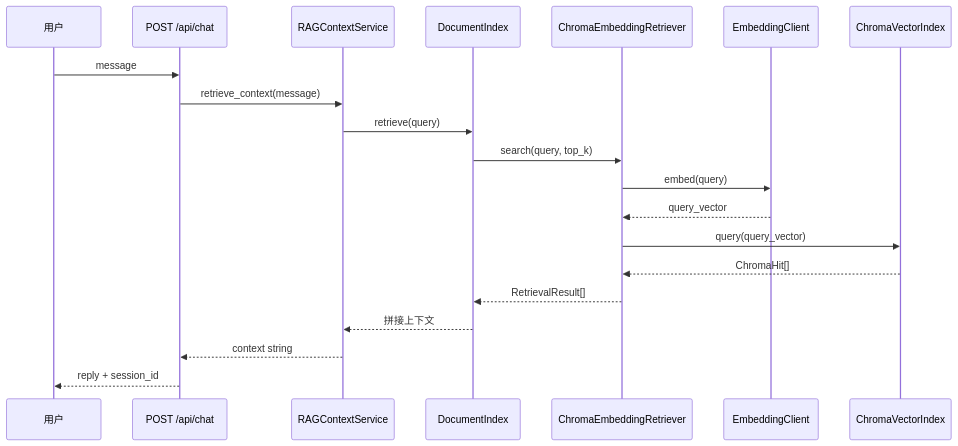
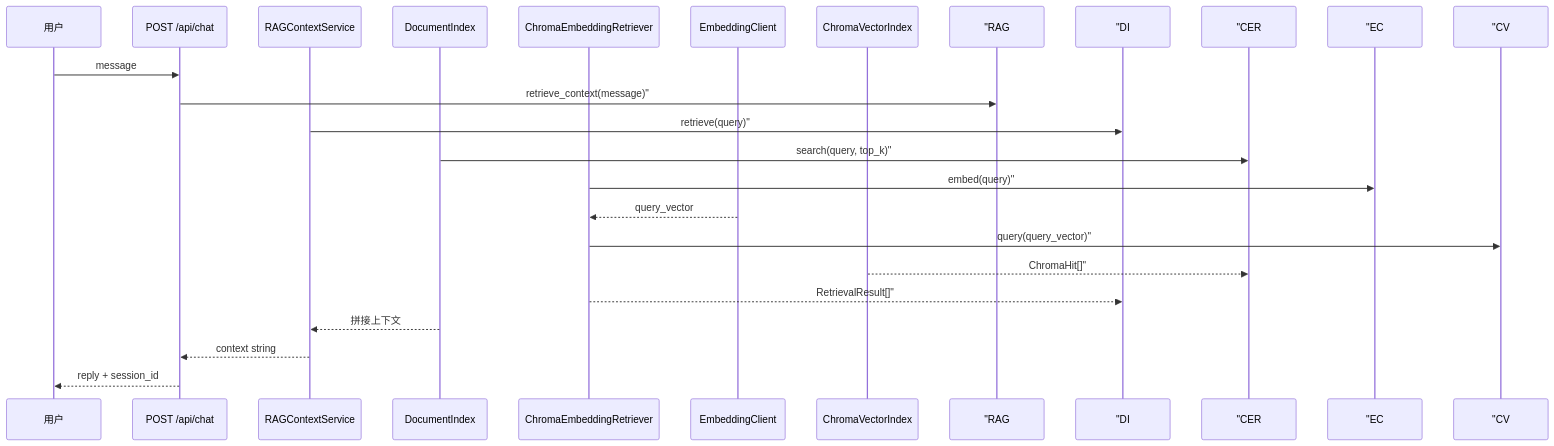
The fourth of 5 diagrams in course/day29/03_架构设计.md (ab6539763/70_days_course_plus), drawn with Mermaid before and after one commit. The commit also changed other lines of this file and 128 other files, not shown here.

First line of the commit message:
fix(course): repair day31-37 diagrams, titles, and missing content

````diff
--- a/course/day29/03_架构设计.md
+++ b/course/day29/03_架构设计.md
@@ -122,22 +122,22 @@
 ```mermaid
 sequenceDiagram
     participant U as 用户
     participant API as POST /api/chat
     participant RAG as RAGContextService
     participant DI as DocumentIndex
     participant CER as ChromaEmbeddingRetriever
     participant EC as EmbeddingClient
     participant CV as ChromaVectorIndex
     U->>API: message
-    API->>RAG: retrieve_context(message)
-    RAG->>DI: retrieve(query)
-    DI->>CER: search(query, top_k)
-    CER->>EC: embed(query)
+    API->> "RAG: retrieve_context(message)"
+    RAG->> "DI: retrieve(query)"
+    DI->> "CER: search(query, top_k)"
+    CER->> "EC: embed(query)"
     EC-->>CER: query_vector
-    CER->>CV: query(query_vector)
-    CV-->>CER: ChromaHit[]
-    CER-->>DI: RetrievalResult[]
+    CER->> "CV: query(query_vector)"
+    CV-->> "CER: ChromaHit[]"
+    CER-->> "DI: RetrievalResult[]"
     DI-->>RAG: 拼接上下文
     RAG-->>API: context string
     API-->>U: reply + session_id
 ```
````
